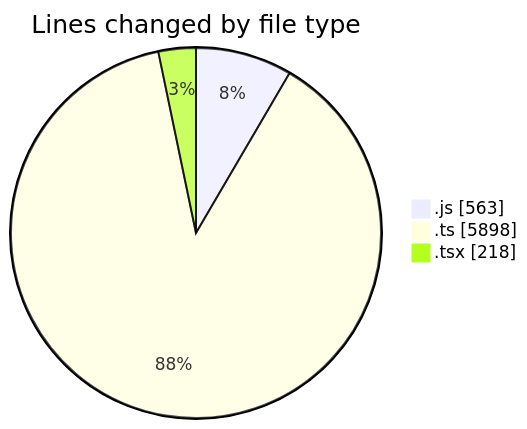
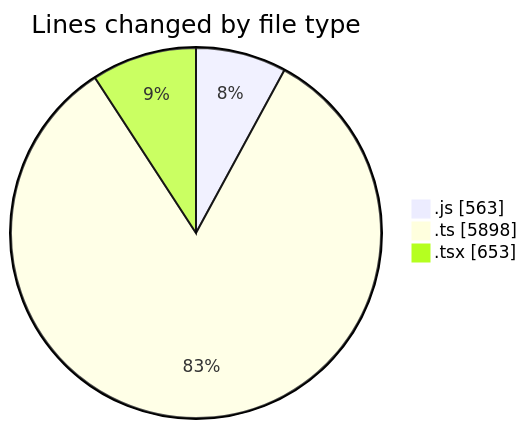
Before and after one commit to momahboobian/code-tracking: the first of 2 diagrams in 2025-11-14/cda/README.md, drawn with Mermaid. The commit also changed other lines of this file and 1 other file, not shown here.

````diff
--- a/2025-11-14/cda/README.md
+++ b/2025-11-14/cda/README.md
@@ -31,7 +32,7 @@
 ```mermaid
 pie showData
 title Lines changed by file type
 ".js" : 563
 ".ts" : 5898
-".tsx" : 218
+".tsx" : 653
 ```
````
